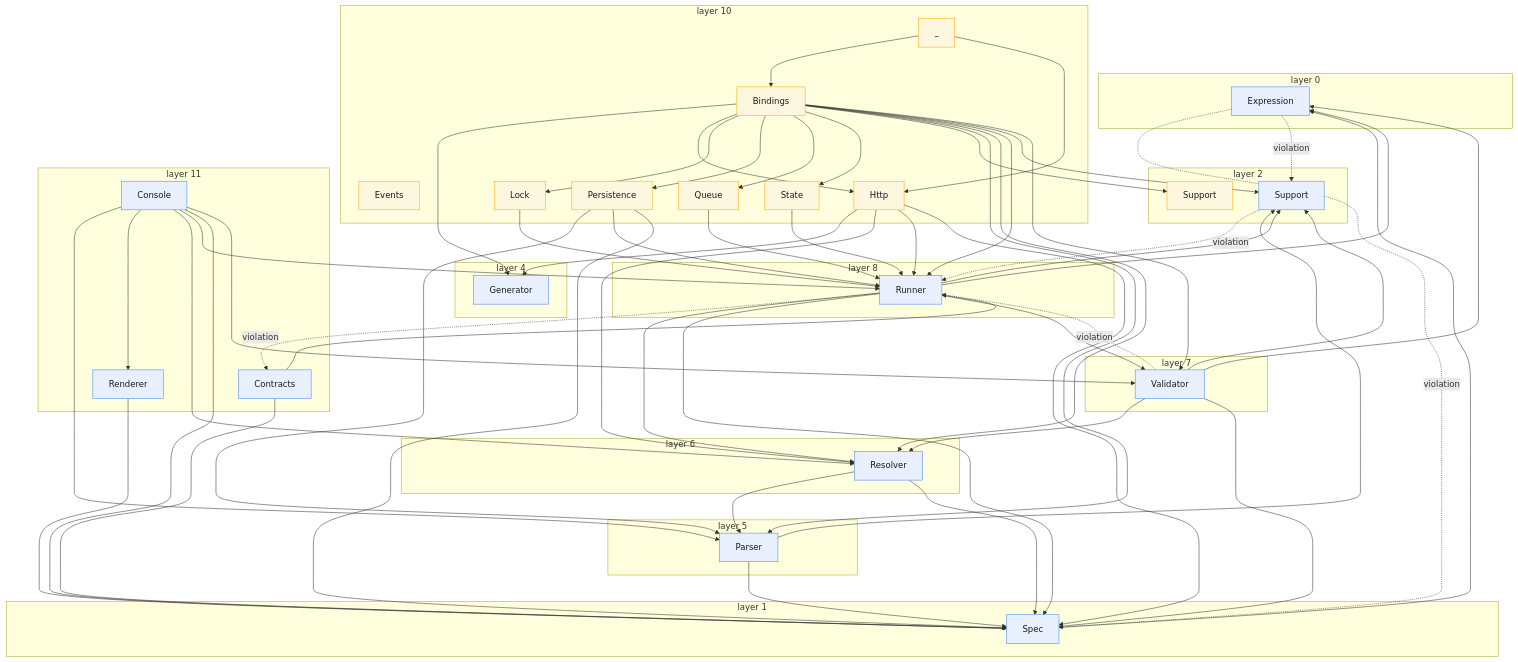
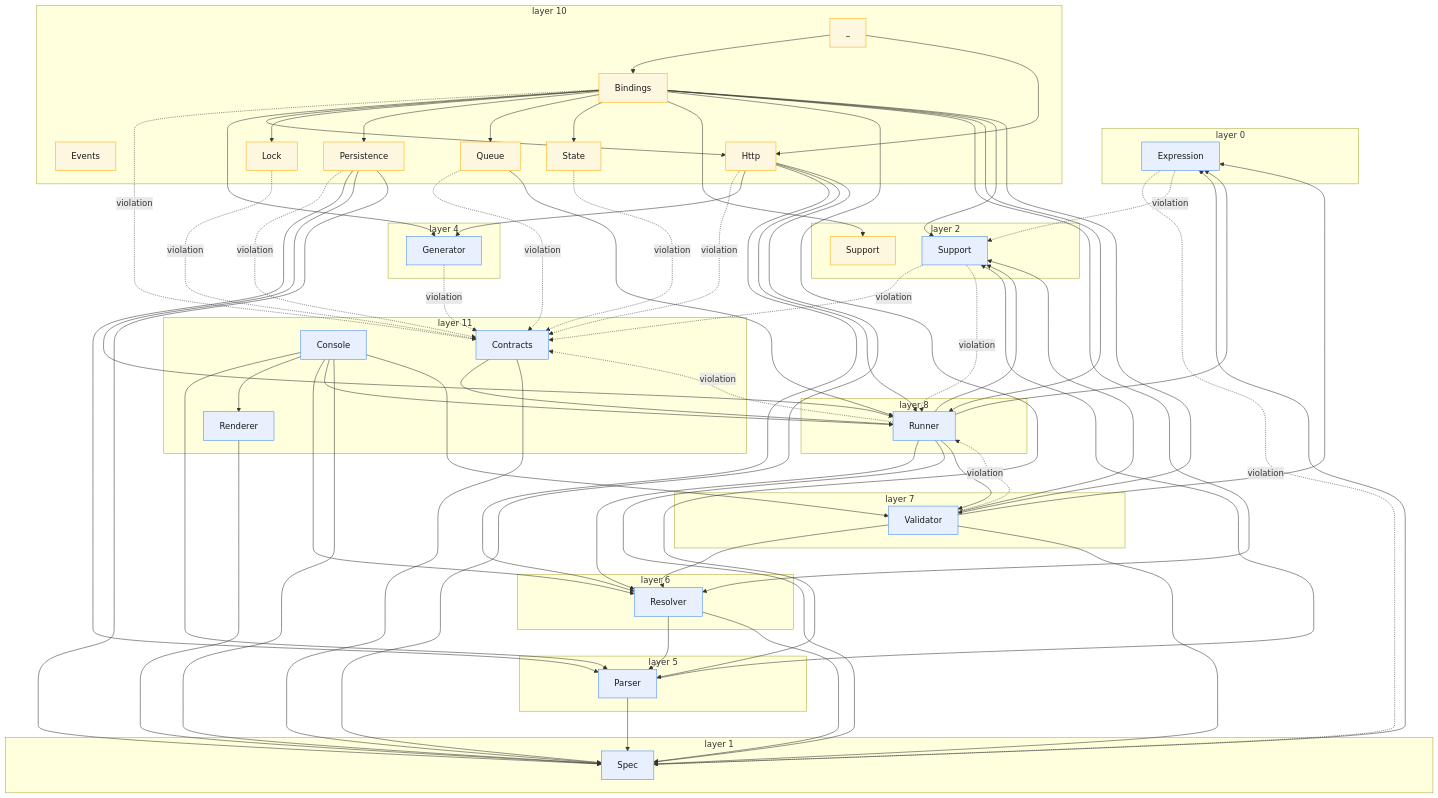
Before and after one commit to Mohammed-Alama/php-arazzo: the diagram in docs/generated/layering.md, drawn with Mermaid. The commit also changed other lines of this file and 134 other files, not shown here.

```diff
--- a/docs/generated/layering.md
+++ b/docs/generated/layering.md
@@ -64,6 +64,8 @@
     M_Contracts --> M_Spec
     M_Expression -.->|violation| M_Spec
     M_Expression -.->|violation| M_Support
+    M_Generator -.->|violation| M_Contracts
+    M_Laravel_Bindings -.->|violation| M_Contracts
     M_Laravel_Bindings --> M_Generator
     M_Laravel_Bindings --> M_Laravel_Http
     M_Laravel_Bindings --> M_Laravel_Lock
@@ -76,16 +78,19 @@
     M_Laravel_Bindings --> M_Runner
     M_Laravel_Bindings --> M_Support
     M_Laravel_Bindings --> M_Validator
+    M_Laravel_Http -.->|violation| M_Contracts
     M_Laravel_Http --> M_Generator
     M_Laravel_Http --> M_Resolver
     M_Laravel_Http --> M_Runner
     M_Laravel_Http --> M_Spec
-    M_Laravel_Lock --> M_Runner
+    M_Laravel_Lock -.->|violation| M_Contracts
+    M_Laravel_Persistence -.->|violation| M_Contracts
     M_Laravel_Persistence --> M_Parser
     M_Laravel_Persistence --> M_Runner
     M_Laravel_Persistence --> M_Spec
+    M_Laravel_Queue -.->|violation| M_Contracts
     M_Laravel_Queue --> M_Runner
-    M_Laravel_State --> M_Runner
+    M_Laravel_State -.->|violation| M_Contracts
     M_Laravel__ --> M_Laravel_Bindings
     M_Laravel__ --> M_Laravel_Http
     M_Parser --> M_Spec
@@ -100,6 +105,7 @@
     M_Runner --> M_Support
     M_Runner --> M_Validator
     M_Spec --> M_Expression
+    M_Support -.->|violation| M_Contracts
     M_Support -.->|violation| M_Runner
     M_Validator --> M_Expression
     M_Validator --> M_Resolver
```
